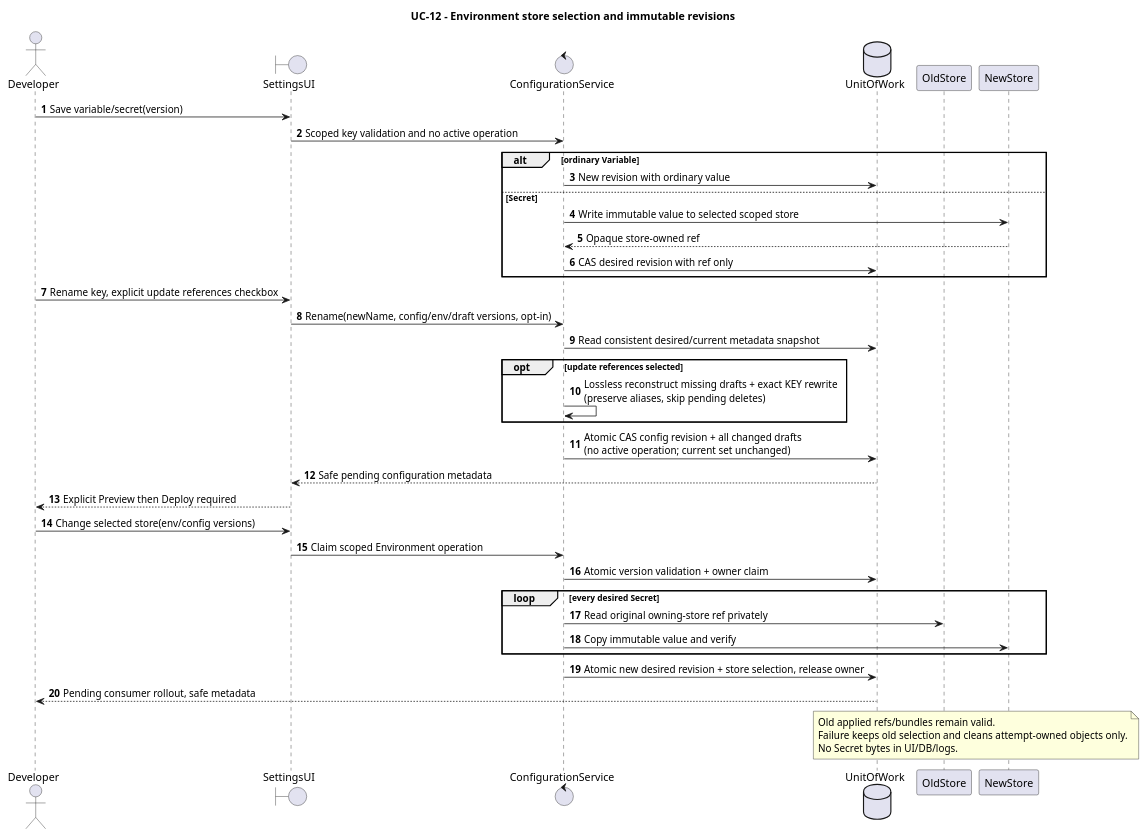
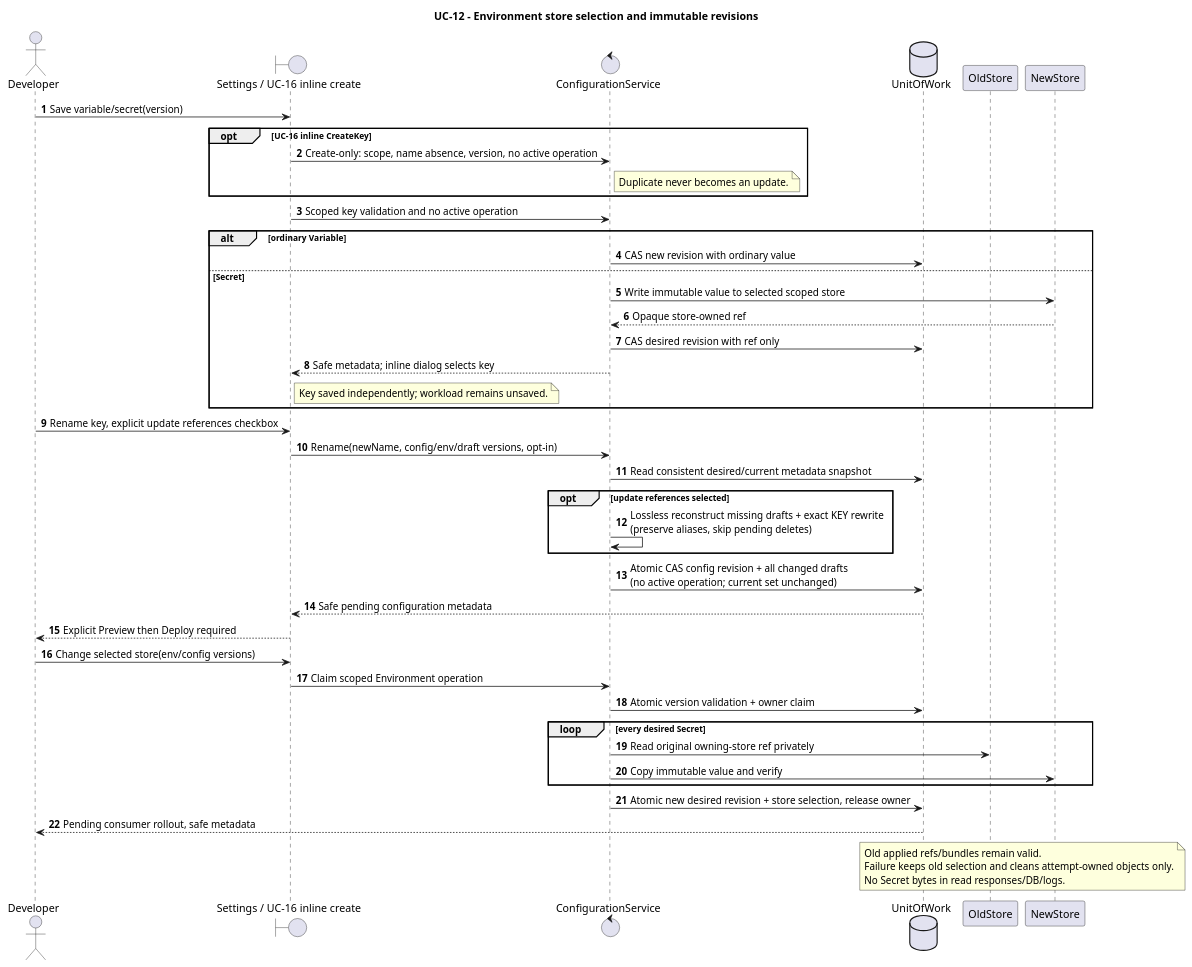
Before and after one commit to pr3s3nt/poc: the diagram in orchestrator_docs/usecase/UC-12/sequence.puml, drawn with PlantUML. The commit also changed 29 other files, not shown here.

```diff
--- a/orchestrator_docs/usecase/UC-12/sequence.puml
+++ b/orchestrator_docs/usecase/UC-12/sequence.puml
@@ -1,42 +1,48 @@
 @startuml
 title UC-12 - Environment store selection and immutable revisions
 autonumber
 actor Developer as Dev
-boundary SettingsUI as UI
+boundary "Settings / UC-16 inline create" as UI
 control ConfigurationService as Config
 database UnitOfWork as DB
 participant OldStore as Old
 participant NewStore as New
 Dev -> UI: Save variable/secret(version)
+opt UC-16 inline CreateKey
+ UI -> Config: Create-only: scope, name absence, version, no active operation
+ note right of Config: Duplicate never becomes an update.
+end
 UI -> Config: Scoped key validation and no active operation
 alt ordinary Variable
- Config -> DB: New revision with ordinary value
+ Config -> DB: CAS new revision with ordinary value
 else Secret
  Config -> New: Write immutable value to selected scoped store
  New --> Config: Opaque store-owned ref
  Config -> DB: CAS desired revision with ref only
+ Config --> UI: Safe metadata; inline dialog selects key
+ note right of UI: Key saved independently; workload remains unsaved.
 end
 Dev -> UI: Rename key, explicit update references checkbox
 UI -> Config: Rename(newName, config/env/draft versions, opt-in)
 Config -> DB: Read consistent desired/current metadata snapshot
 opt update references selected
  Config -> Config: Lossless reconstruct missing drafts + exact KEY rewrite\n(preserve aliases, skip pending deletes)
 end
 Config -> DB: Atomic CAS config revision + all changed drafts\n(no active operation; current set unchanged)
 DB --> UI: Safe pending configuration metadata
 UI --> Dev: Explicit Preview then Deploy required
 Dev -> UI: Change selected store(env/config versions)
 UI -> Config: Claim scoped Environment operation
 Config -> DB: Atomic version validation + owner claim
 loop every desired Secret
  Config -> Old: Read original owning-store ref privately
  Config -> New: Copy immutable value and verify
 end
 Config -> DB: Atomic new desired revision + store selection, release owner
 DB --> Dev: Pending consumer rollout, safe metadata
 note over Old,New
 Old applied refs/bundles remain valid.
 Failure keeps old selection and cleans attempt-owned objects only.
-No Secret bytes in UI/DB/logs.
+No Secret bytes in read responses/DB/logs.
 end note
 @enduml
```
